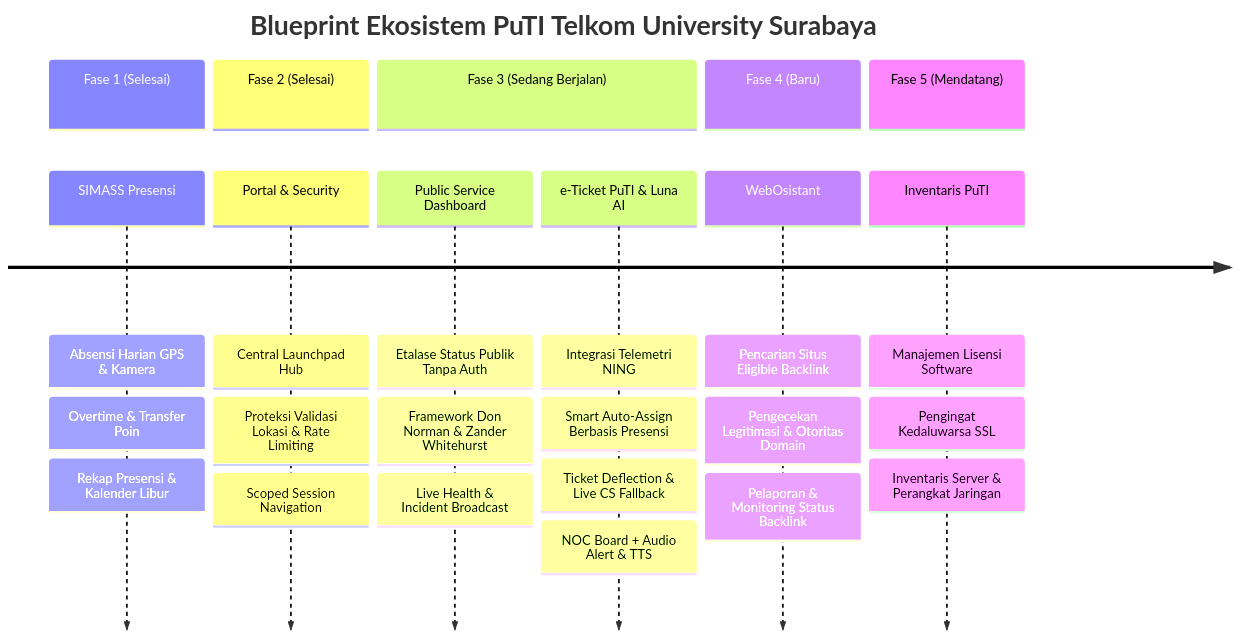
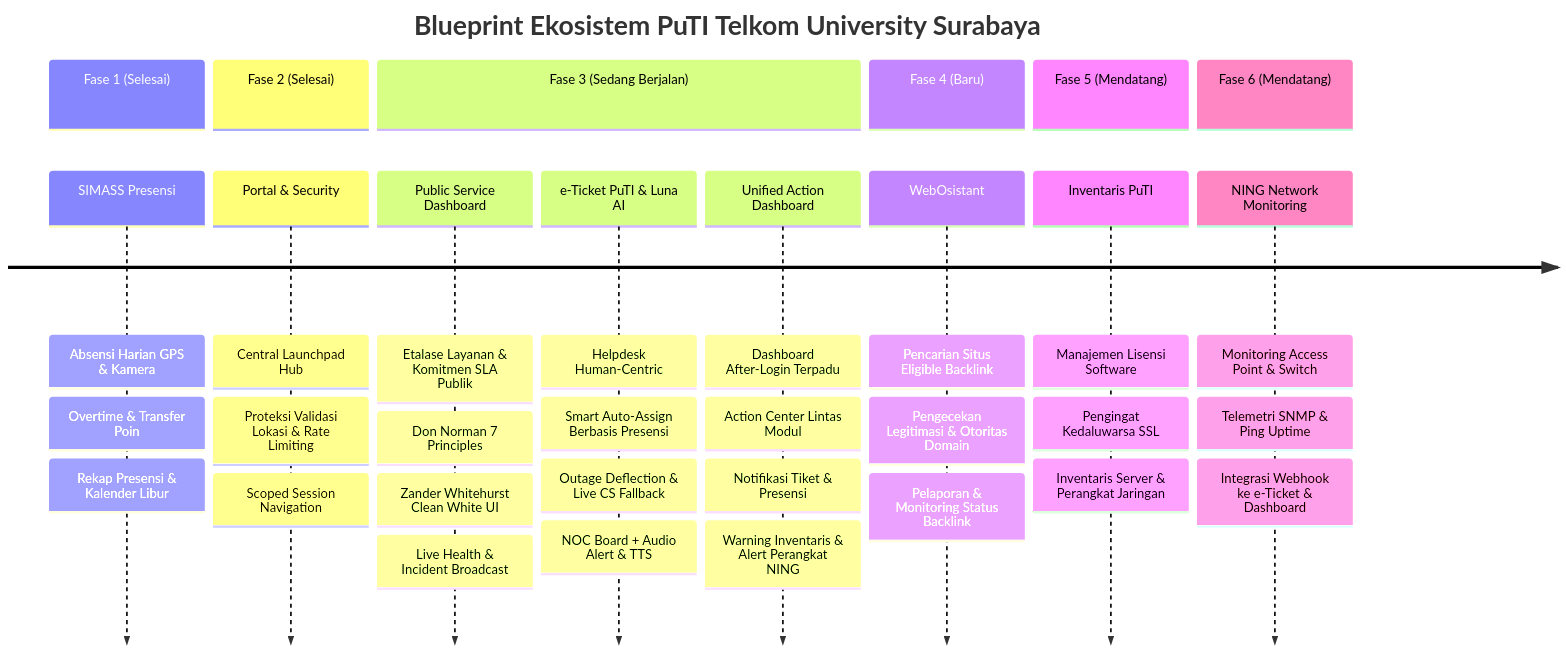
Before and after one commit to alirfanyasin/SIMASS-PuTI: the diagram in BLUEPRINT.md, drawn with Mermaid. The commit also changed other lines of this file and 4 other files, not shown here.

````diff
--- a/BLUEPRINT.md
+++ b/BLUEPRINT.md
@@ -33,15 +45,18 @@
 ```mermaid
 timeline
     title Blueprint Ekosistem PuTI Telkom University Surabaya
     section Fase 1 (Selesai)
         SIMASS Presensi : Absensi Harian GPS & Kamera : Overtime & Transfer Poin : Rekap Presensi & Kalender Libur
     section Fase 2 (Selesai)
         Portal & Security : Central Launchpad Hub : Proteksi Validasi Lokasi & Rate Limiting : Scoped Session Navigation
     section Fase 3 (Sedang Berjalan)
-        Public Service Dashboard : Etalase Status Publik Tanpa Auth : Framework Don Norman & Zander Whitehurst : Live Health & Incident Broadcast
-        e-Ticket PuTI & Luna AI : Integrasi Telemetri NING : Smart Auto-Assign Berbasis Presensi : Ticket Deflection & Live CS Fallback : NOC Board + Audio Alert & TTS
+        Public Service Dashboard : Etalase Layanan & Komitmen SLA Publik : Don Norman 7 Principles : Zander Whitehurst Clean White UI : Live Health & Incident Broadcast
+        e-Ticket PuTI & Luna AI : Helpdesk Human-Centric : Smart Auto-Assign Berbasis Presensi : Outage Deflection & Live CS Fallback : NOC Board + Audio Alert & TTS
+        Unified Action Dashboard : Dashboard After-Login Terpadu : Action Center Lintas Modul : Notifikasi Tiket & Presensi : Warning Inventaris & Alert Perangkat NING
     section Fase 4 (Baru)
         WebOsistant : Pencarian Situs Eligible Backlink : Pengecekan Legitimasi & Otoritas Domain : Pelaporan & Monitoring Status Backlink
     section Fase 5 (Mendatang)
         Inventaris PuTI : Manajemen Lisensi Software : Pengingat Kedaluwarsa SSL : Inventaris Server & Perangkat Jaringan
+    section Fase 6 (Mendatang)
+        NING Network Monitoring : Monitoring Access Point & Switch : Telemetri SNMP & Ping Uptime : Integrasi Webhook ke e-Ticket & Dashboard
 ```
````
